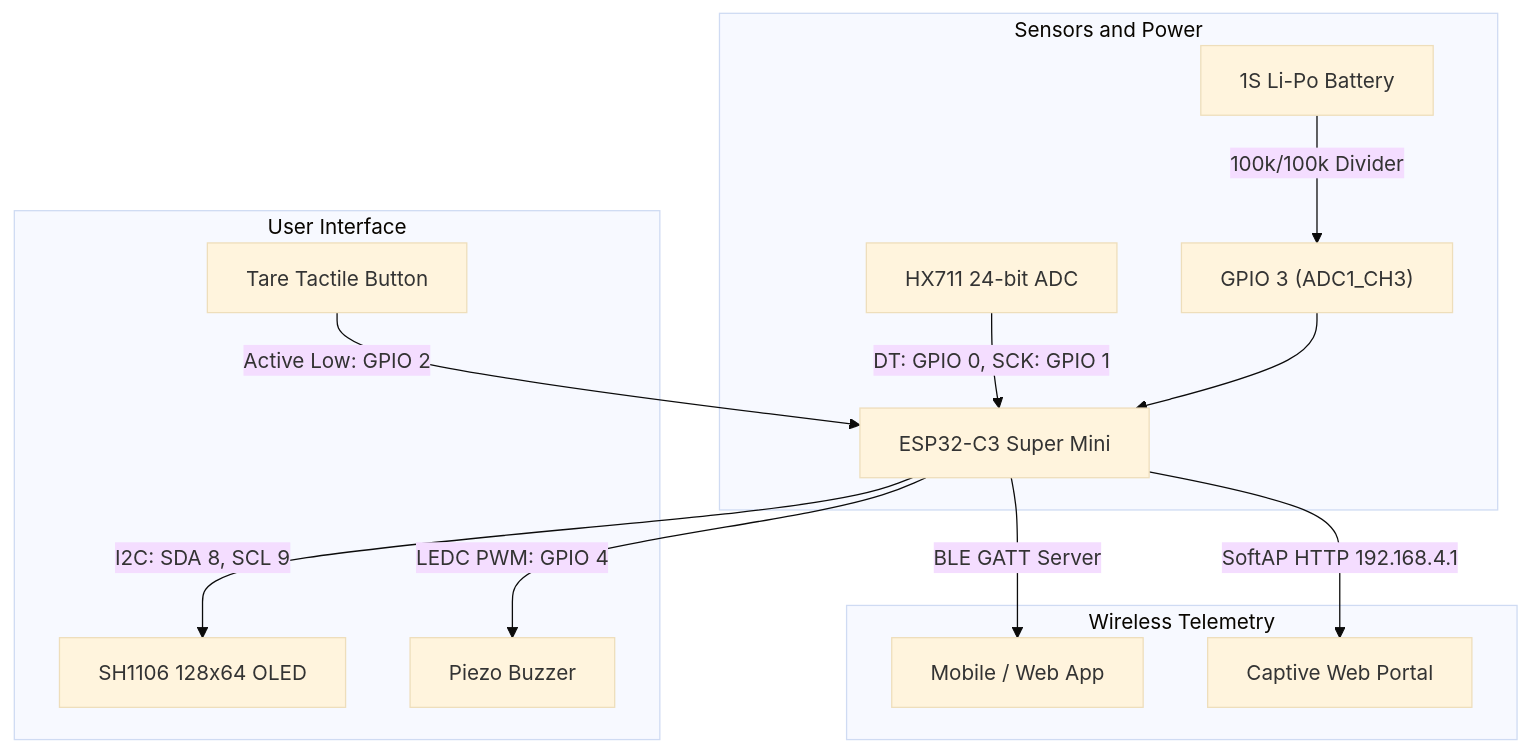
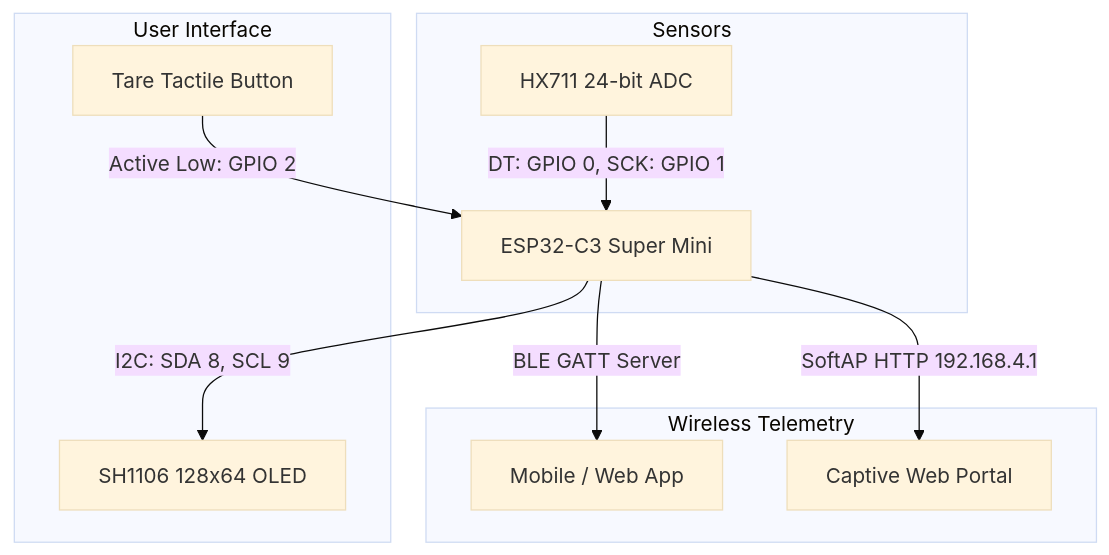
One commit to AtaCanYmc/SmartcaleESP32 changed the diagram in docs/README.md. Above: the diagram before and after it, drawn with Mermaid (base theme). The commit also changed other lines of this file and 15 other files, not shown here.

Commit message:
feat: simplify tare execution flow and remove buzzer references from documentation

````diff
--- a/docs/README.md
+++ b/docs/README.md
@@ -25,19 +25,16 @@
 ```mermaid
 flowchart TD
-    subgraph Sensors and Power
+    subgraph Sensors
         HX["HX711 24-bit ADC"] -->|"DT: GPIO 0, SCK: GPIO 1"| MCU["ESP32-C3 Super Mini"]
-        BAT["1S Li-Po Battery"] -->|"100k/100k Divider"| ADC["GPIO 3 (ADC1_CH3)"]
-        ADC --> MCU
     end
 
     subgraph User Interface
         BTN["Tare Tactile Button"] -->|"Active Low: GPIO 2"| MCU
         MCU -->|"I2C: SDA 8, SCL 9"| OLED["SH1106 128x64 OLED"]
-        MCU -->|"LEDC PWM: GPIO 4"| BUZ["Piezo Buzzer"]
     end
 
     subgraph Wireless Telemetry
         MCU -->|"BLE GATT Server"| APP["Mobile / Web App"]
         MCU -->|"SoftAP HTTP 192.168.4.1"| PORTAL["Captive Web Portal"]
     end
 ```
````
